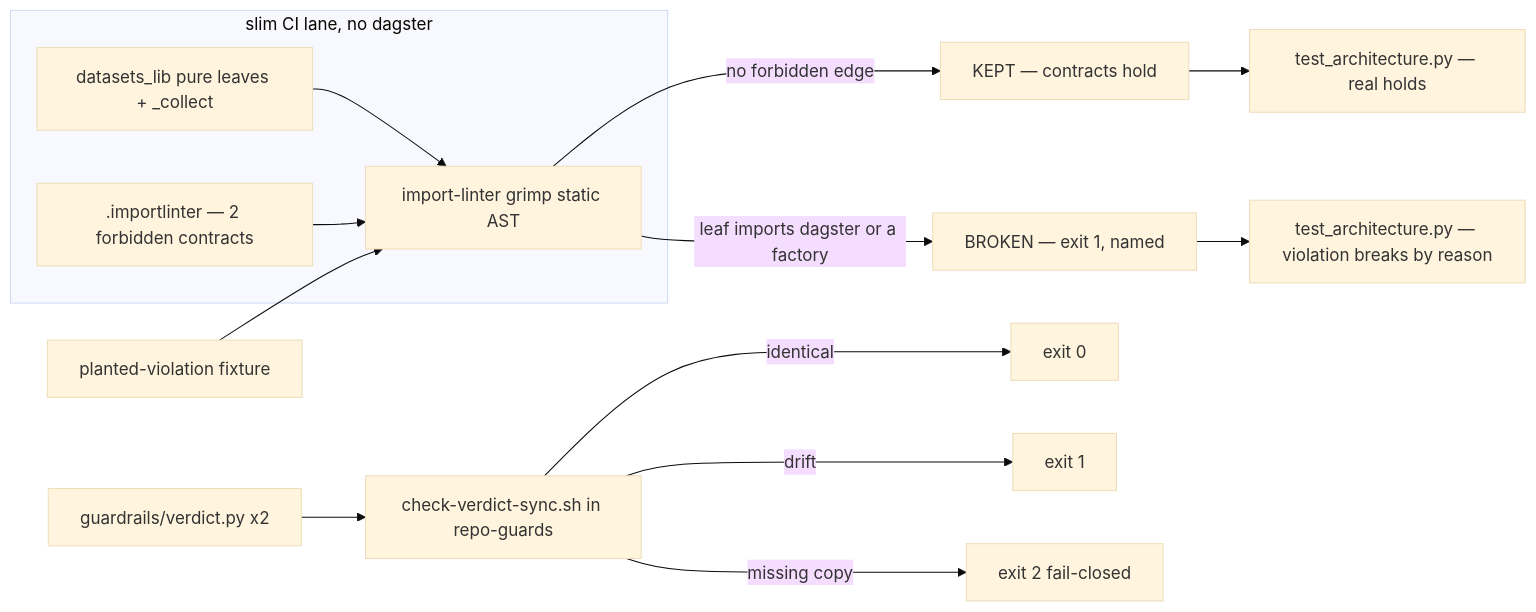
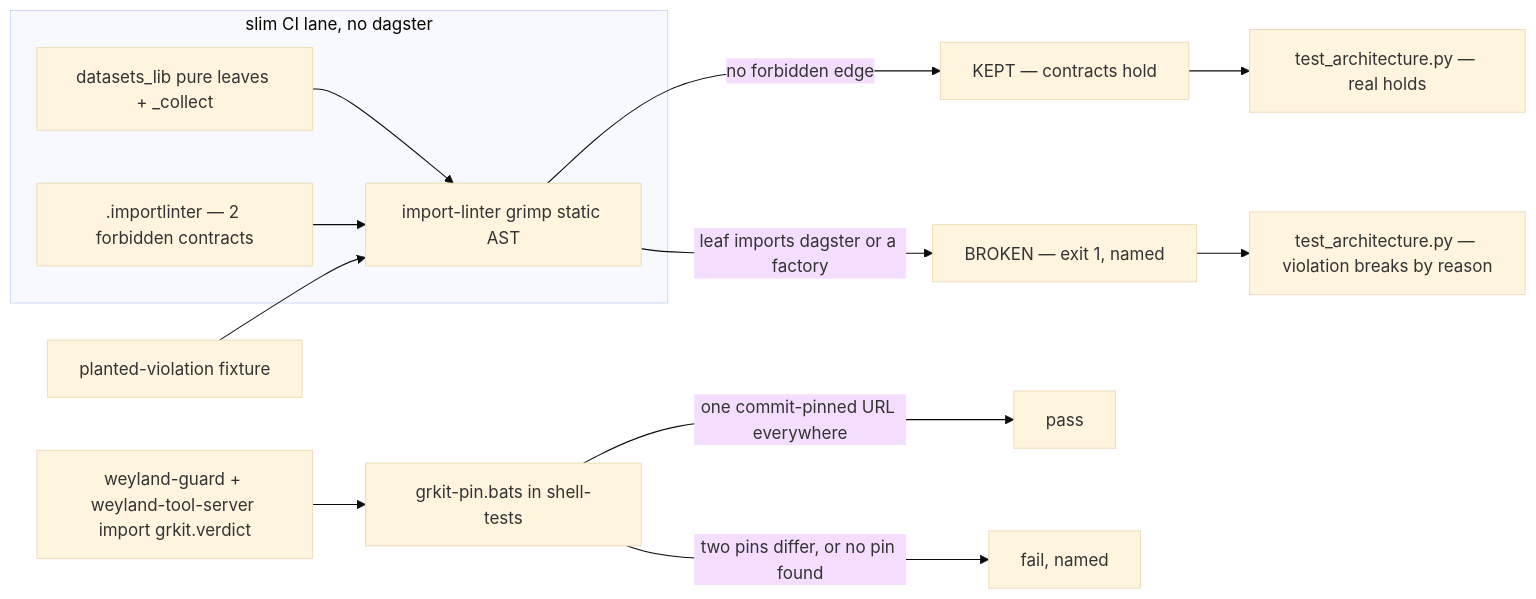
Before and after one commit to edtbl76/weyland-lab: the second of 2 diagrams in docs/diagrams/flow-ci-test-categories.md, drawn with Mermaid (base theme). The commit also changed 50 other files, not shown here.

First line of the commit message:
**Retire duplicate `verdict.py` and sync script; adopt `grkit.verdict`**

````diff
--- a/docs/diagrams/flow-ci-test-categories.md
+++ b/docs/diagrams/flow-ci-test-categories.md
@@ -24,16 +24,15 @@
 ```mermaid
 flowchart LR
     subgraph slim [slim CI lane, no dagster]
         L[datasets_lib pure leaves + _collect] --> IL[import-linter grimp static AST]
         CFG[.importlinter — 2 forbidden contracts] --> IL
     end
     IL -->|no forbidden edge| KEPT[KEPT — contracts hold]
     IL -->|leaf imports dagster or a factory| BROKEN[BROKEN — exit 1, named]
     FIX[planted-violation fixture] --> IL
     KEPT --> T[test_architecture.py — real holds]
     BROKEN --> T2[test_architecture.py — violation breaks by reason]
-    V[guardrails/verdict.py x2] --> VG[check-verdict-sync.sh in repo-guards]
-    VG -->|identical| OK[exit 0]
-    VG -->|drift| D1[exit 1]
-    VG -->|missing copy| D2[exit 2 fail-closed]
+    V[weyland-guard + weyland-tool-server import grkit.verdict] --> VG[grkit-pin.bats in shell-tests]
+    VG -->|one commit-pinned URL everywhere| OK[pass]
+    VG -->|two pins differ, or no pin found| D1[fail, named]
 ```
````
